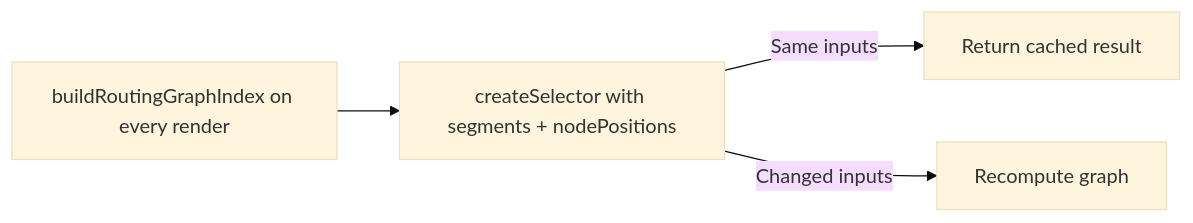
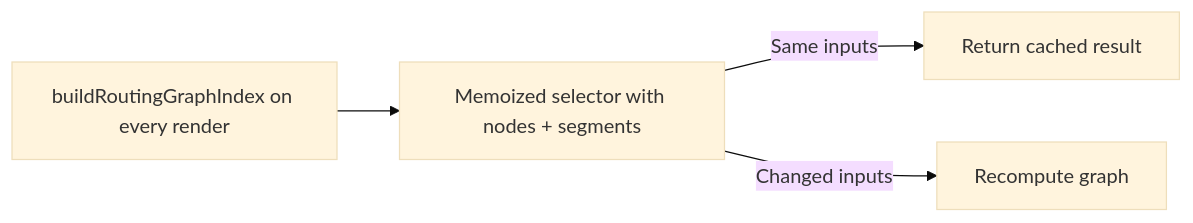
The diagram in logics/backlog/item_557_memoize_routing_graph_construction_in_selector.md (AlexAgo83/electrical-plan-editor), drawn with Mermaid (base theme) before and after one commit. The commit also changed other lines of this file and 7 other files, not shown here.

Commit message:
feat(performance): ship wave B graph and pathfinding hardening

````diff
--- a/logics/backlog/item_557_memoize_routing_graph_construction_in_selector.md
+++ b/logics/backlog/item_557_memoize_routing_graph_construction_in_selector.md
@@ -24,8 +24,8 @@
 ```mermaid
 %% logics-kind: backlog
 %% logics-signature: backlog|memoize-routing-graph-construction-in-se|req-113-technical-debt-hardening-persist|buildroutinggraphindex-in-src-core-graph|ac1-buildroutinggraphindex-is-not-called
 flowchart LR
-    Before[buildRoutingGraphIndex on every render] --> Selector[createSelector with segments + nodePositions]
+    Before[buildRoutingGraphIndex on every render] --> Selector[Memoized selector with nodes + segments]
     Selector -->|Same inputs| Skip[Return cached result]
     Selector -->|Changed inputs| Rebuild[Recompute graph]
 ```
````
